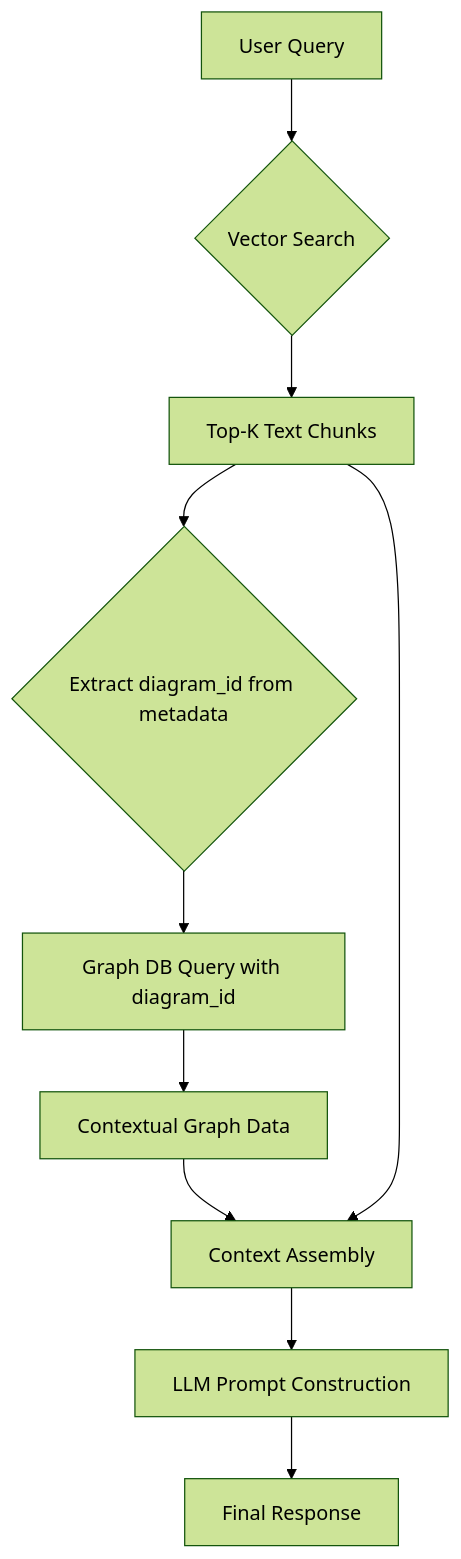
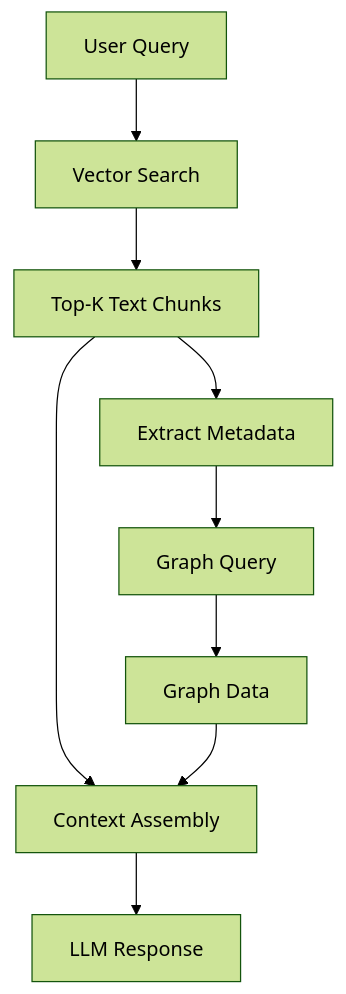
Before and after one commit to keo571/netbot-v2: the third of 5 diagrams in docs/architecture/simple-architecture.md, drawn with Mermaid (forest theme). The commit also changed other lines of this file, not shown here.

First line of the commit message:
Save legacy stable code and architecture documentation

````diff
--- a/docs/architecture/simple-architecture.md
+++ b/docs/architecture/simple-architecture.md
@@ -79,12 +91,11 @@
 ```mermaid
 graph TD
-    A[User Query] --> B{Vector Search}
+    A[User Query] --> B[Vector Search]
     B --> C[Top-K Text Chunks]
-    C --> D{Extract diagram_id from metadata}
-    D --> E[Graph DB Query with diagram_id]
-    E --> F[Contextual Graph Data]
-    F --> G[Context Assembly]
-    C --> G
-    G --> H[LLM Prompt Construction]
-    H --> I[Final Response]
+    C --> D[Extract Metadata]
+    D --> E[Graph Query]
+    E --> F[Graph Data]
+    C --> G[Context Assembly]
+    F --> G
+    G --> H[LLM Response]
 ```
````
